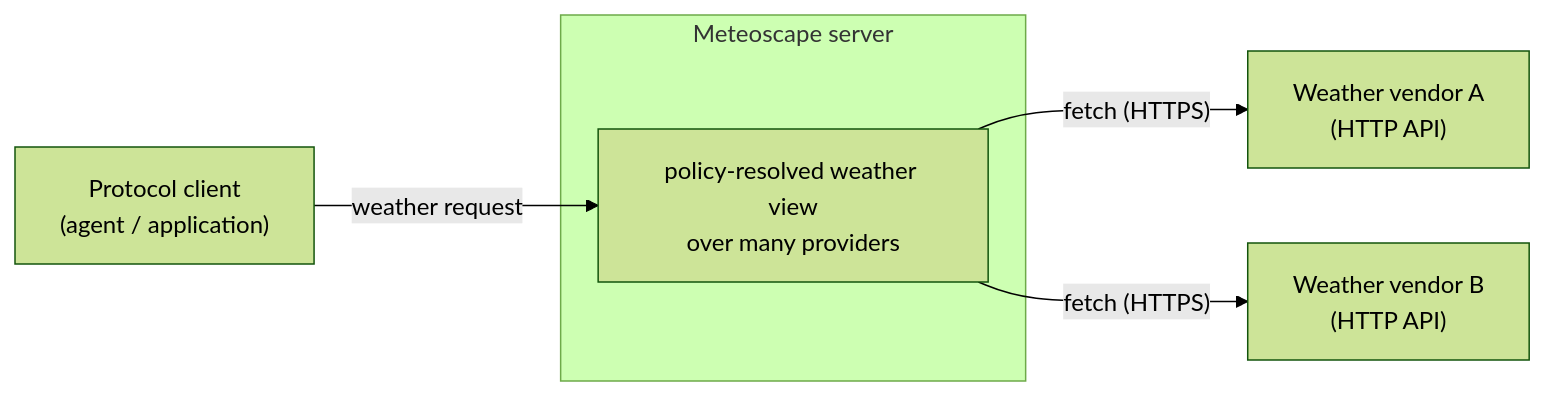
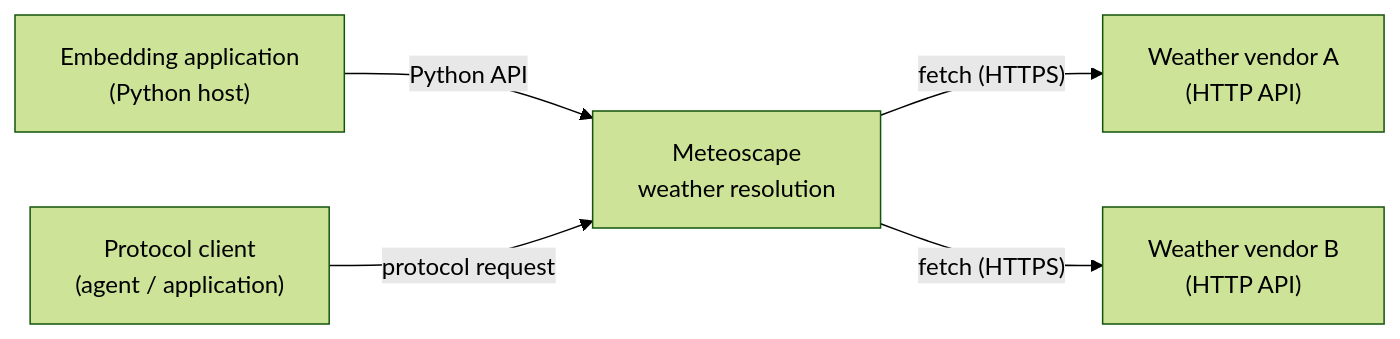
One commit to dveyarangi/meteoscape changed the first of 3 diagrams in docs/architecture.md. Above: the diagram before and after it, drawn with Mermaid (forest theme). The commit also changed other lines of this file and 4 other files, not shown here.

Commit message:
DOCS: prioritize Python embedding surface

````diff
--- a/docs/architecture.md
+++ b/docs/architecture.md
@@ -46,13 +54,13 @@
 ```mermaid
 flowchart LR
+  HOST["Embedding application<br/>(Python host)"]
   CLIENT["Protocol client<br/>(agent / application)"]
-  subgraph SYS["Meteoscape server"]
-    CORE["policy-resolved weather view<br/>over many providers"]
-  end
+  PRODUCT["Meteoscape<br/>weather resolution"]
   VA["Weather vendor A<br/>(HTTP API)"]
   VB["Weather vendor B<br/>(HTTP API)"]
 
-  CLIENT -->|"weather request"| CORE
-  CORE -->|"fetch (HTTPS)"| VA
-  CORE -->|"fetch (HTTPS)"| VB
+  HOST -->|"Python API"| PRODUCT
+  CLIENT -->|"protocol request"| PRODUCT
+  PRODUCT -->|"fetch (HTTPS)"| VA
+  PRODUCT -->|"fetch (HTTPS)"| VB
 ```
````
